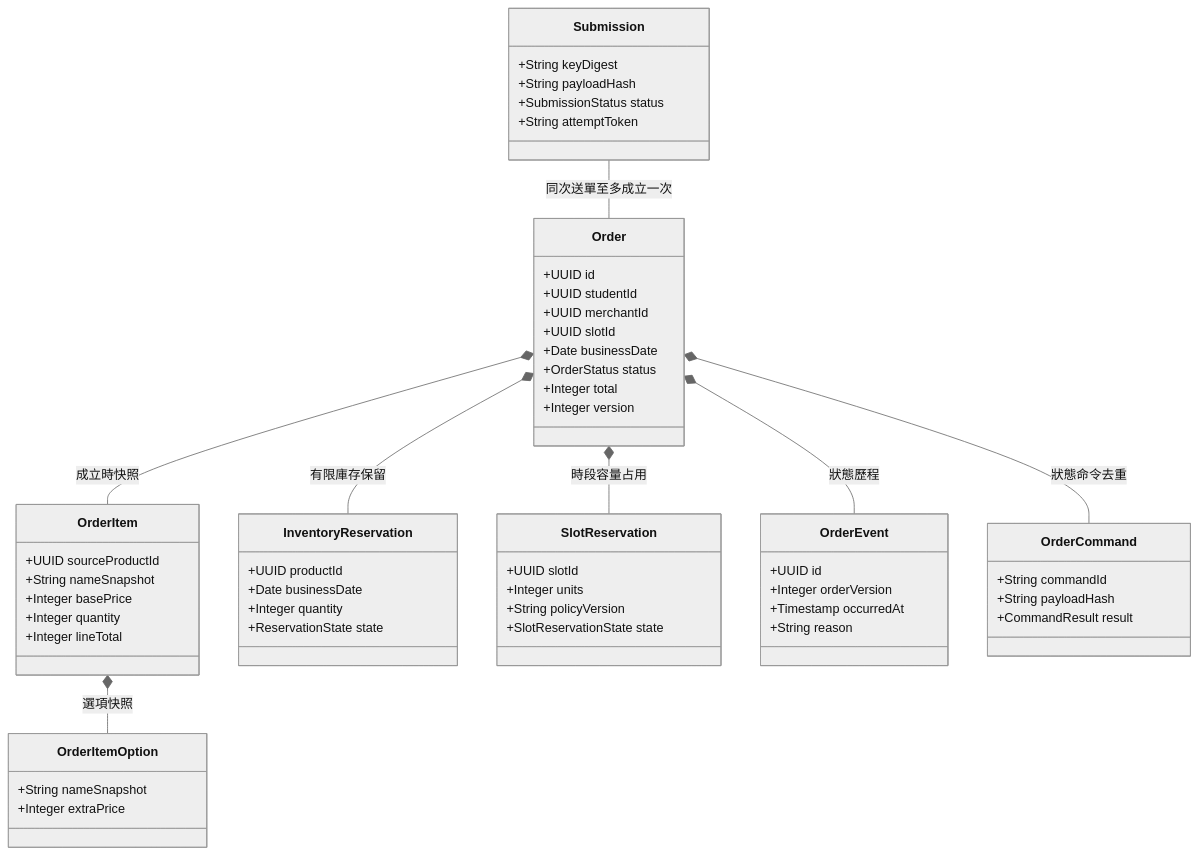
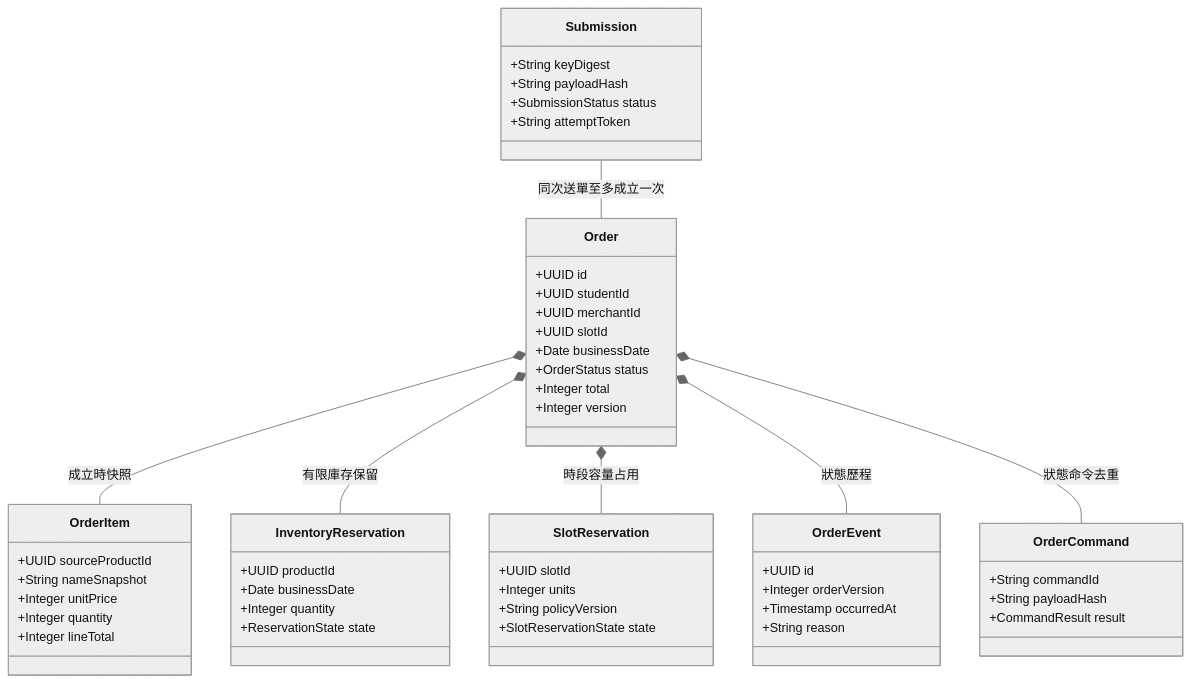
One commit to Himegragi/CampusRestaurantSystem changed the second of 2 diagrams in SAD_v0.6/10_共用資料架構.md. Above: the diagram before and after it, drawn with Mermaid (neutral theme). The commit also changed other lines of this file and 23 other files, not shown here.

````diff
--- a/SAD_v0.6/10_共用資料架構.md
+++ b/SAD_v0.6/10_共用資料架構.md
@@ -65,61 +56,56 @@
 ```mermaid
 classDiagram
 direction TB
 class Submission {
   +String keyDigest
   +String payloadHash
   +SubmissionStatus status
   +String attemptToken
 }
 class Order {
   +UUID id
   +UUID studentId
   +UUID merchantId
   +UUID slotId
   +Date businessDate
   +OrderStatus status
   +Integer total
   +Integer version
 }
 class OrderItem {
   +UUID sourceProductId
   +String nameSnapshot
-  +Integer basePrice
+  +Integer unitPrice
   +Integer quantity
   +Integer lineTotal
-}
-class OrderItemOption {
-  +String nameSnapshot
-  +Integer extraPrice
 }
 class InventoryReservation {
   +UUID productId
   +Date businessDate
   +Integer quantity
   +ReservationState state
 }
 class SlotReservation {
   +UUID slotId
   +Integer units
   +String policyVersion
   +SlotReservationState state
 }
 class OrderEvent {
   +UUID id
   +Integer orderVersion
   +Timestamp occurredAt
   +String reason
 }
 class OrderCommand {
   +String commandId
   +String payloadHash
   +CommandResult result
 }
 Submission -- Order : 同次送單至多成立一次
 Order *-- OrderItem : 成立時快照
-OrderItem *-- OrderItemOption : 選項快照
 Order *-- InventoryReservation : 有限庫存保留
 Order *-- SlotReservation : 時段容量占用
 Order *-- OrderEvent : 狀態歷程
 Order *-- OrderCommand : 狀態命令去重
 ```
````
